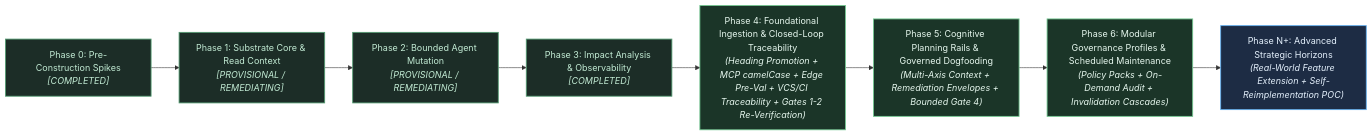
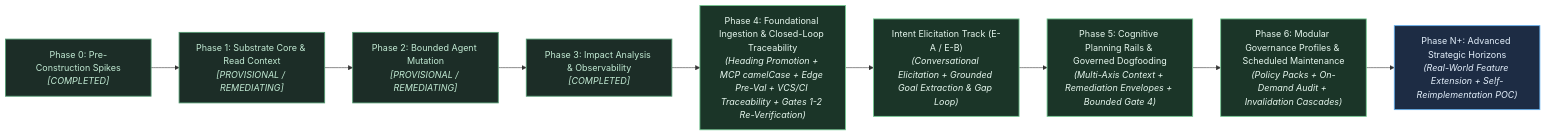
The first of 3 diagrams in docs/vision/strategic-planning-backlog.md (Shapedsundew9/tks), drawn with Mermaid before and after one commit. The commit also changed other lines of this file and 4 other files, not shown here.

Commit message:
docs(elicitation): EB-0 articulate intent elicitation track

````diff
--- a/docs/vision/strategic-planning-backlog.md
+++ b/docs/vision/strategic-planning-backlog.md
@@ -55,47 +55,48 @@
 ```mermaid
 %%{init: {
   'theme': 'base',
   'themeVariables': {
     'darkMode': true,
     'background': '#161922',
     'mainBkg': '#1e2230',
     'nodeBorder': '#434c5e',
     'textColor': '#e2e8f0',
     'fontFamily': 'ui-sans-serif, system-ui, -apple-system, BlinkMacSystemFont, "Segoe UI", Roboto, "Helvetica Neue", Arial, sans-serif',
     'fontSize': '14px',
     'lineColor': '#8892b0',
     'primaryColor': '#422026',
     'primaryTextColor': '#fde8ec',
     'primaryBorderColor': '#e06c75',
     'secondaryColor': '#1b3528',
     'secondaryTextColor': '#e6f7ee',
     'secondaryBorderColor': '#73c991',
     'tertiaryColor': '#1d2c44',
     'tertiaryTextColor': '#e4f0fc',
     'tertiaryBorderColor': '#61afef',
     'clusterBkg': '#13161f',
     'clusterBorder': '#373e51',
     'noteBkgColor': '#2e271a',
     'noteTextColor': '#fdf4db',
     'noteBorderColor': '#e5c07b',
     'edgeLabelBackground': '#1a1d27'
   }
 }}%%
 flowchart LR
     classDef primary fill:#422026,stroke:#e06c75,stroke-width:1.5px,color:#fde8ec;
     classDef secondary fill:#1b3528,stroke:#73c991,stroke-width:1.5px,color:#e6f7ee;
     classDef tertiary fill:#1d2c44,stroke:#61afef,stroke-width:1.5px,color:#e4f0fc;
     classDef completed fill:#1c2d27,stroke:#529b71,stroke-width:1.5px,color:#c2ebd4;
 
     P0["Phase 0: Pre-Construction Spikes<br/><i>[COMPLETED]</i>"]:::completed
     P1["Phase 1: Substrate Core & Read Context<br/><i>[PROVISIONAL / REMEDIATING]</i>"]:::completed
     P2["Phase 2: Bounded Agent Mutation<br/><i>[PROVISIONAL / REMEDIATING]</i>"]:::completed
     P3["Phase 3: Impact Analysis & Observability<br/><i>[COMPLETED]</i>"]:::completed
 
     P4["Phase 4: Foundational Ingestion & Closed-Loop Traceability<br/><i>(Heading Promotion + MCP camelCase + Edge Pre-Val + VCS/CI Traceability + Gates 1-2 Re-Verification)</i>"]:::secondary
+    PE["Intent Elicitation Track (E-A / E-B)<br/><i>(Conversational Elicitation + Grounded Goal Extraction & Gap Loop)</i>"]:::secondary
     P5["Phase 5: Cognitive Planning Rails & Governed Dogfooding<br/><i>(Multi-Axis Context + Remediation Envelopes + Bounded Gate 4)</i>"]:::secondary
     P6["Phase 6: Modular Governance Profiles & Scheduled Maintenance<br/><i>(Policy Packs + On-Demand Audit + Invalidation Cascades)</i>"]:::secondary
     PN["Phase N+: Advanced Strategic Horizons<br/><i>(Real-World Feature Extension + Self-Reimplementation POC)</i>"]:::tertiary
 
-    P0 --> P1 --> P2 --> P3 --> P4 --> P5 --> P6 --> PN
+    P0 --> P1 --> P2 --> P3 --> P4 --> PE --> P5 --> P6 --> PN
 ```
````
